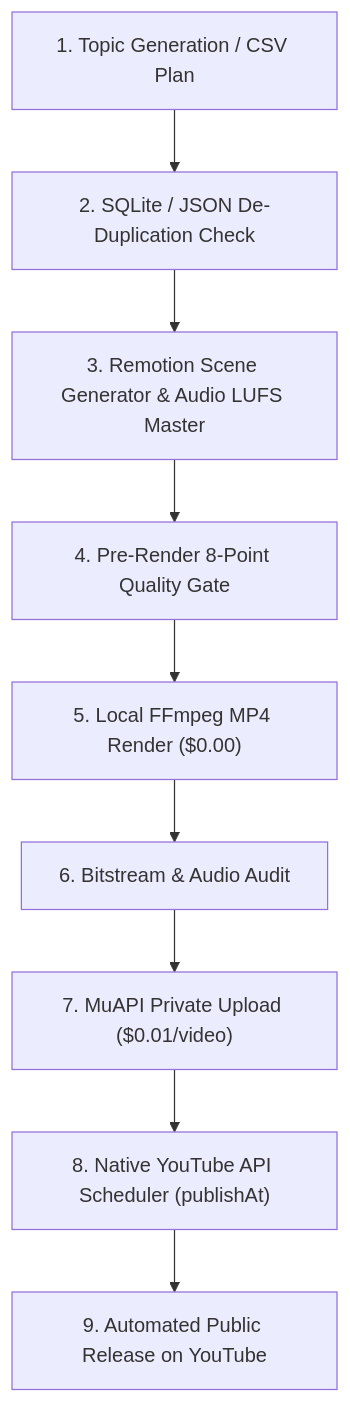
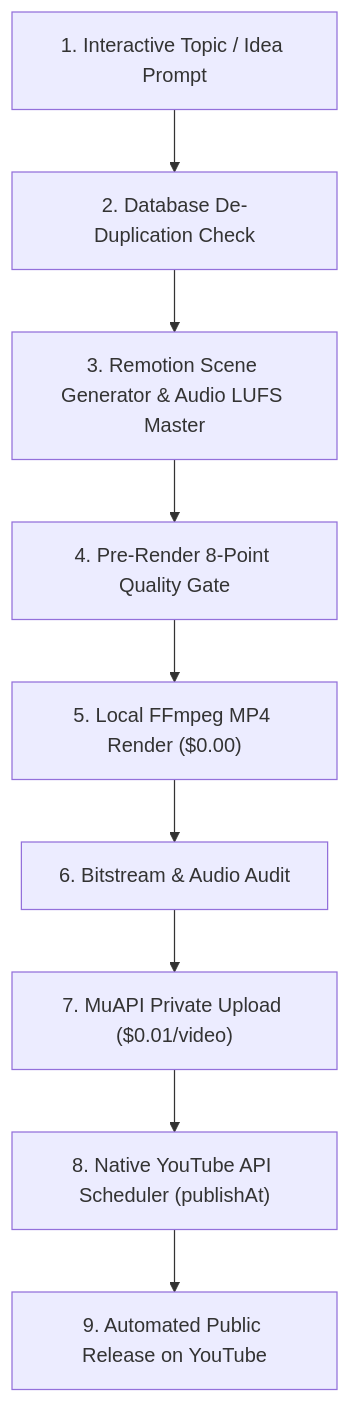
Before and after one commit to jeeva-k-k/youtube-automation-muapi: the diagram in README.md, drawn with Mermaid. The commit also changed other lines of this file and 275 other files, not shown here.

Commit message:
refactor: remove static CSV, prompt user for ideas first, update master skill workflow

````diff
--- a/README.md
+++ b/README.md
@@ -9,11 +9,11 @@
 ```mermaid
 flowchart TD
-    A["1. Topic Generation / CSV Plan"] --> B["2. SQLite / JSON De-Duplication Check"]
+    A["1. Interactive Topic / Idea Prompt"] --> B["2. Database De-Duplication Check"]
     B --> C["3. Remotion Scene Generator & Audio LUFS Master"]
     C --> D["4. Pre-Render 8-Point Quality Gate"]
     D --> E["5. Local FFmpeg MP4 Render ($0.00)"]
     E --> F["6. Bitstream & Audio Audit"]
     F --> G["7. MuAPI Private Upload ($0.01/video)"]
     G --> H["8. Native YouTube API Scheduler (publishAt)"]
     H --> I["9. Automated Public Release on YouTube"]
 ```
````
